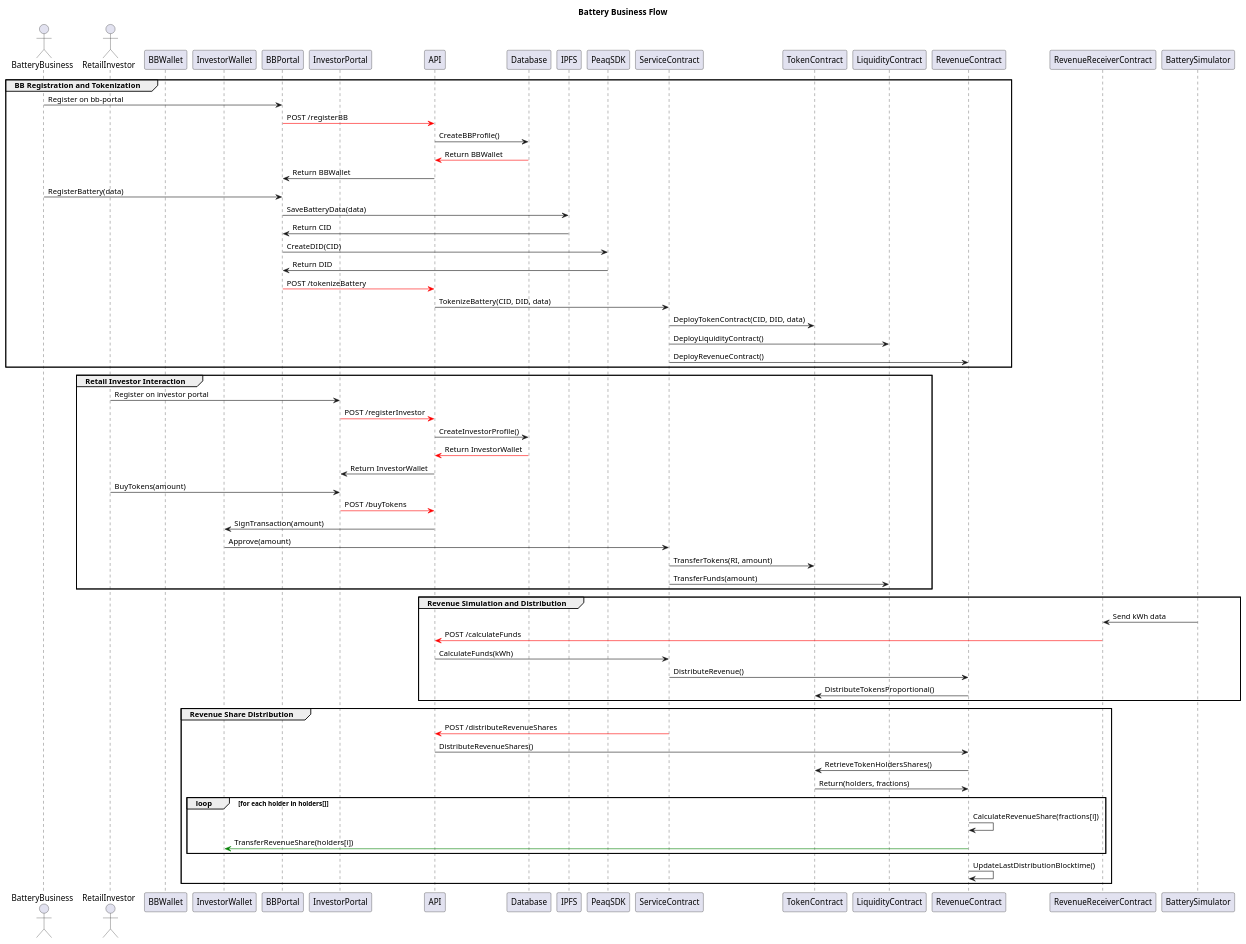
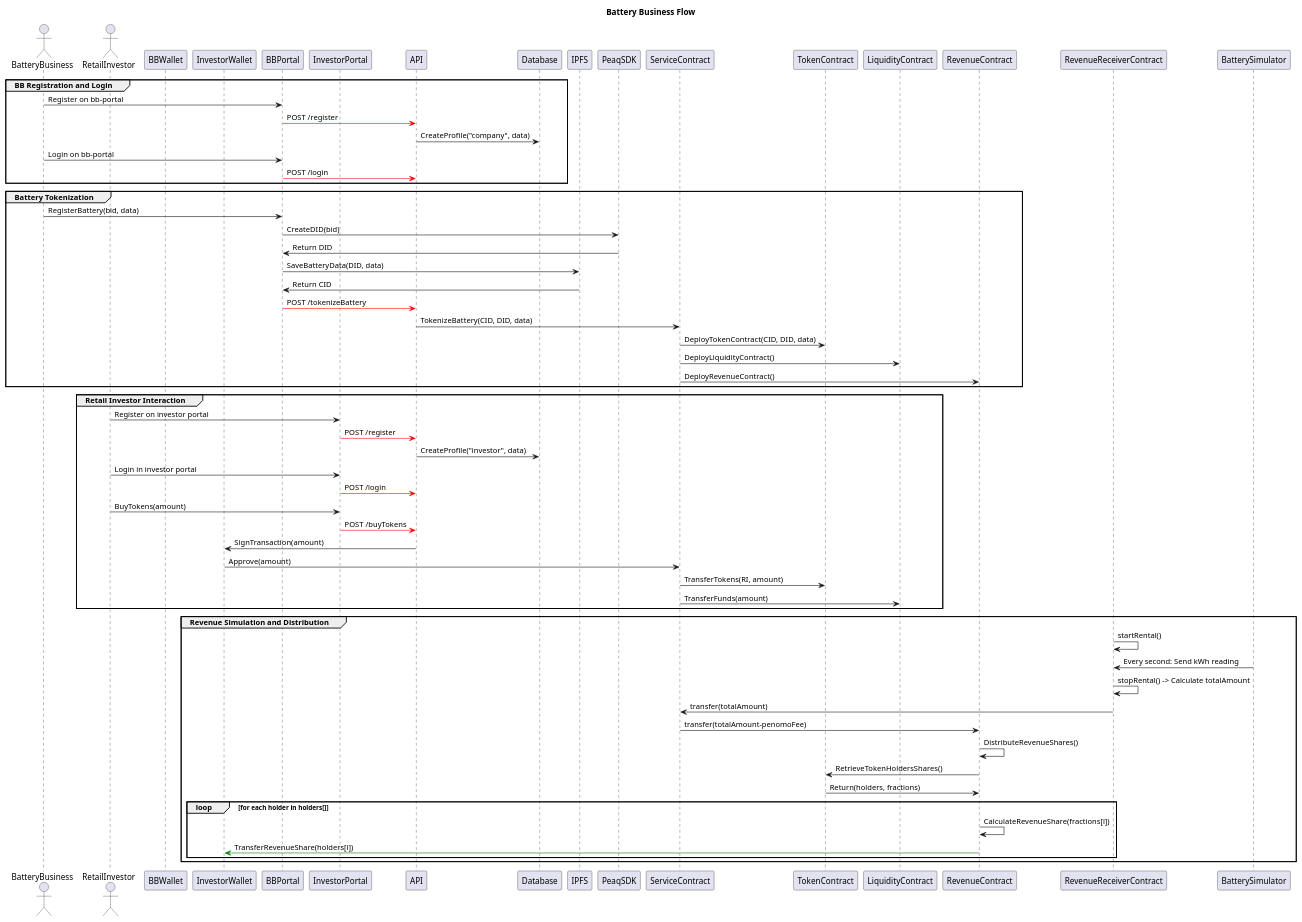
The diagram in architecture/demo_sequence_combined.puml (penomoprotocol/tokenization-MVP), drawn with PlantUML before and after one commit.

Commit message:
updated demo sequence
todo
- refine more detailed & gapless data flow

```diff
--- a/architecture/demo_sequence_combined.puml
+++ b/architecture/demo_sequence_combined.puml
@@ -1,83 +1,81 @@
 @startuml
 title Battery Business Flow
 
 actor BatteryBusiness as BB
 actor RetailInvestor as RI
 
 participant BBWallet as BBW
 participant InvestorWallet as IW
 
 participant BBPortal as BBP
 participant InvestorPortal as IP
 
 participant API as API
 
 participant Database as DB
 participant IPFS as IPFS
 participant PeaqSDK as PS
 
 participant ServiceContract as SC
 participant TokenContract as TC
 participant LiquidityContract as LC
 participant RevenueContract as RC
 participant RevenueReceiverContract as RRC
 
 participant BatterySimulator as BS
 
-' Battery Business Registration and Tokenization
-group BB Registration and Tokenization
+' Battery Business Registration and Login
+group BB Registration and Login
     BB -> BBP: Register on bb-portal
-    BBP -[#red]> API: POST /registerBB
-    API -> DB: CreateBBProfile()
-    DB -[#red]> API: Return BBWallet
-    API -> BBP: Return BBWallet
-    BB -> BBP: RegisterBattery(data)
-    BBP -> IPFS: SaveBatteryData(data)
+    BBP -[#red]> API: POST /register
+    API -> DB: CreateProfile("company", data)
+    BB -> BBP: Login on bb-portal
+    BBP -[#red]> API: POST /login
+end
+
+' Battery Tokenization
+group Battery Tokenization
+    BB -> BBP: RegisterBattery(bid, data)
+    BBP -> PS: CreateDID(bid)
+    PS -> BBP: Return DID
+    BBP -> IPFS: SaveBatteryData(DID, data)
     IPFS -> BBP: Return CID
-    BBP -> PS: CreateDID(CID)
-    PS -> BBP: Return DID
     BBP -[#red]> API: POST /tokenizeBattery
     API -> SC: TokenizeBattery(CID, DID, data)
     SC -> TC: DeployTokenContract(CID, DID, data)
     SC -> LC: DeployLiquidityContract()
     SC -> RC: DeployRevenueContract()
 end
 
 ' Retail Investor Registration and Token Purchase
 group Retail Investor Interaction
     RI -> IP: Register on investor portal
-    IP -[#red]> API: POST /registerInvestor
-    API -> DB: CreateInvestorProfile()
-    DB -[#red]> API: Return InvestorWallet
-    API -> IP: Return InvestorWallet
+    IP -[#red]> API: POST /register
+    API -> DB: CreateProfile("investor", data)
+    RI -> IP: Login in investor portal
+    IP -[#red]> API: POST /login
     RI -> IP: BuyTokens(amount)
     IP -[#red]> API: POST /buyTokens
     API -> IW: SignTransaction(amount)
     IW -> SC: Approve(amount)
     SC -> TC: TransferTokens(RI, amount)
     SC -> LC: TransferFunds(amount)
 end
 
 ' Revenue Simulation and Distribution
 group Revenue Simulation and Distribution
-    BS -> RRC: Send kWh data
-    RRC -[#red]> API: POST /calculateFunds
-    API -> SC: CalculateFunds(kWh)
-    SC -> RC: DistributeRevenue()
-    RC -> TC: DistributeTokensProportional()
-end
-
-' Revenue Share Distribution
-group Revenue Share Distribution
-    SC -[#red]> API: POST /distributeRevenueShares
-    API -> RC: DistributeRevenueShares()
+    RRC -> RRC: startRental()
+    BS -> RRC: Every second: Send kWh reading
+    RRC -> RRC: stopRental() -> Calculate totalAmount
+    RRC -> SC: transfer(totalAmount)
+    SC -> RC: transfer(totalAmount-penomoFee)
+    RC -> RC:  DistributeRevenueShares()
     RC -> TC: RetrieveTokenHoldersShares()
     TC -> RC: Return(holders, fractions)
     loop for each holder in holders[]
         RC -> RC: CalculateRevenueShare(fractions[i])
         RC -[#green]> IW: TransferRevenueShare(holders[i])
     end
-    RC -> RC: UpdateLastDistributionBlocktime()
 end
 
 @enduml
```
